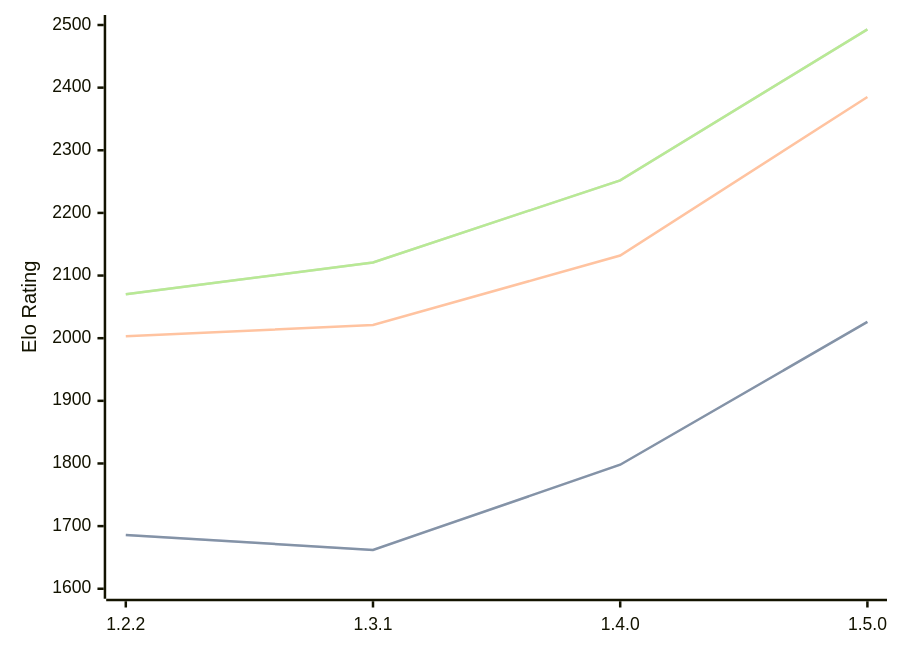
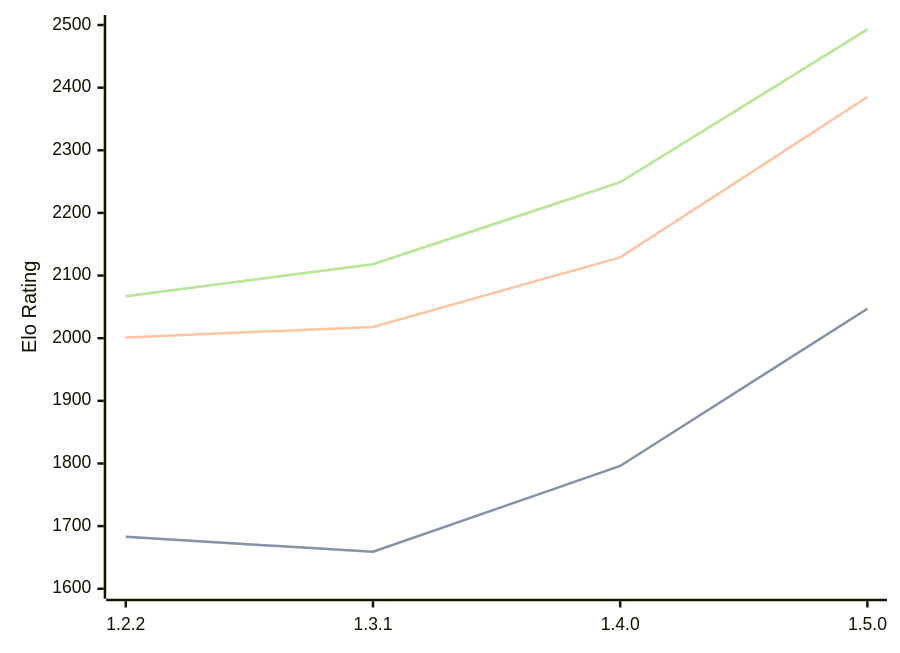
One commit to computer-chess-index/cci changed the diagram in engines/SoloEngine.md. Above: the diagram before and after it, drawn with Mermaid. The commit also changed other lines of this file, not shown here.

Commit message:
Update CCI Ratings (ELO VLTC) - 2026-03-11

````diff
--- a/engines/SoloEngine.md
+++ b/engines/SoloEngine.md
@@ -32,11 +32,11 @@
 ```mermaid
 %%{init: {"theme":"base","themeVariables":{"seriesColors:['#a3a3a3','#222221','#faa371']}}}%%
 xychart-beta
   x-axis ["1.2.2", "1.3.1", "1.4.0", "1.5.0"]
   y-axis "Elo Rating" 1600 --> 2500
-  line "STC (8.0+0.08s)" [1686, 1662, 1798, 2026]
-  line "STC (8.0+0.08s)" [1686, 1662, 1798, 2026]
-  line "LTC (60.0+0.60s)" [2003, 2021, 2132, 2385]
-  line "VLTC (2m24s+1.12s)" [2070, 2121, 2252, 2493]
-  line "VLTC (2m24s+1.12s)" [2070, 2121, 2252, 2493]
+  line "STC (8.0+0.08s)" [1683, 1659, 1796, 2047]
+  line "STC (8.0+0.08s)" [1683, 1659, 1796, 2047]
+  line "LTC (60.0+0.60s)" [2001, 2018, 2129, 2385]
+  line "VLTC (2m24s+1.12s)" [2067, 2118, 2249, 2493]
+  line "VLTC (2m24s+1.12s)" [2067, 2118, 2249, 2493]
 ```
````
